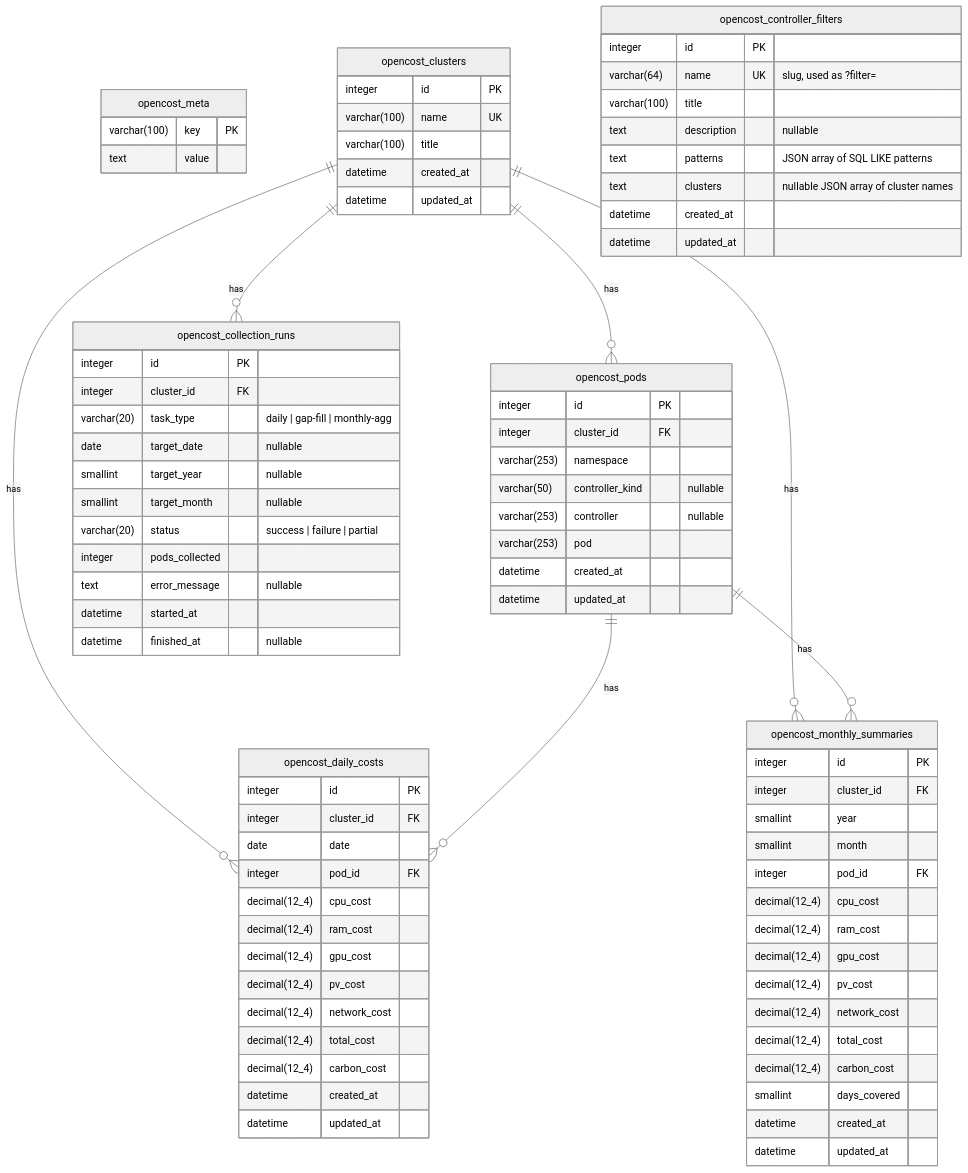
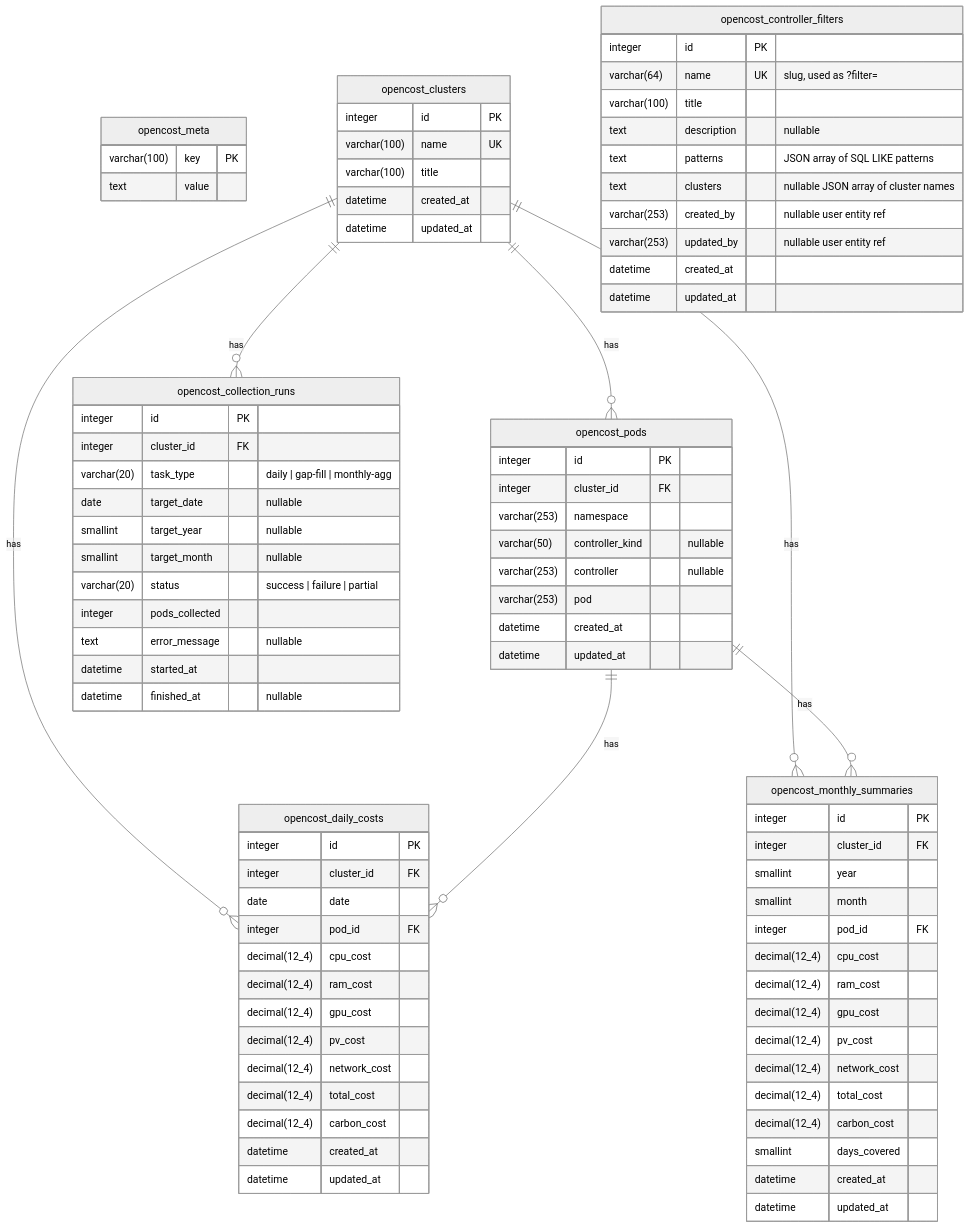
The diagram in box/kubernetes/backstage/docs/plugins/opencost/erd.md (younsl/addons), drawn with Mermaid (neutral theme) before and after one commit. The commit also changed other lines of this file and 9 other files, not shown here.

```diff
--- a/box/kubernetes/backstage/docs/plugins/opencost/erd.md
+++ b/box/kubernetes/backstage/docs/plugins/opencost/erd.md
@@ -91,6 +91,8 @@
         text description "nullable"
         text patterns "JSON array of SQL LIKE patterns"
         text clusters "nullable JSON array of cluster names"
+        varchar(253) created_by "nullable user entity ref"
+        varchar(253) updated_by "nullable user entity ref"
         datetime created_at
         datetime updated_at
     }
```
